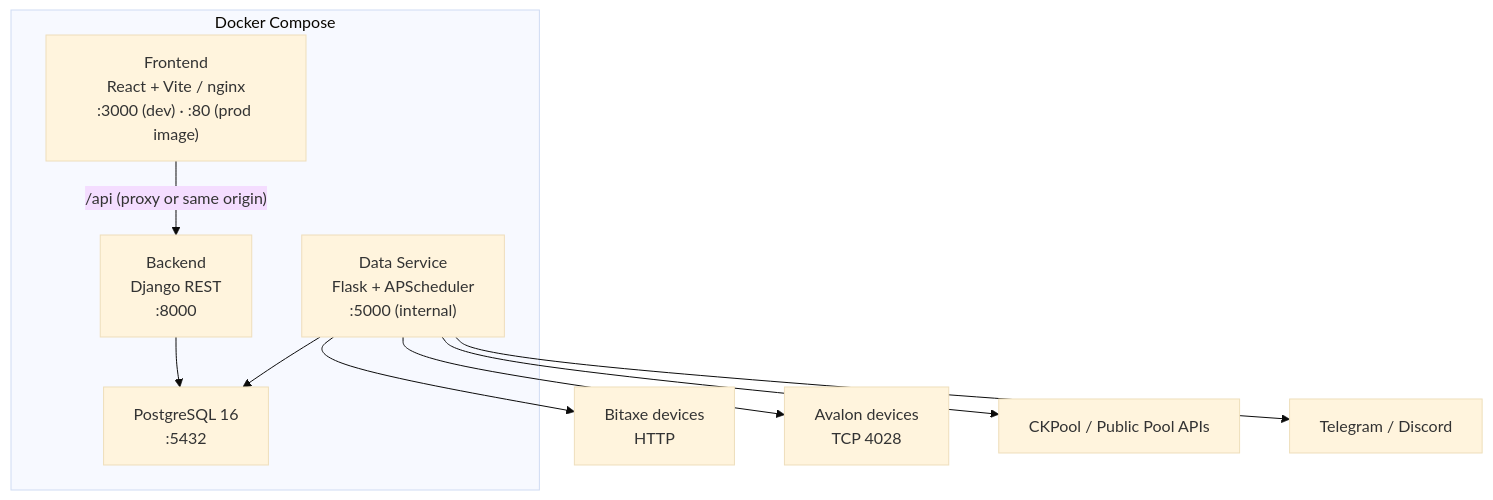
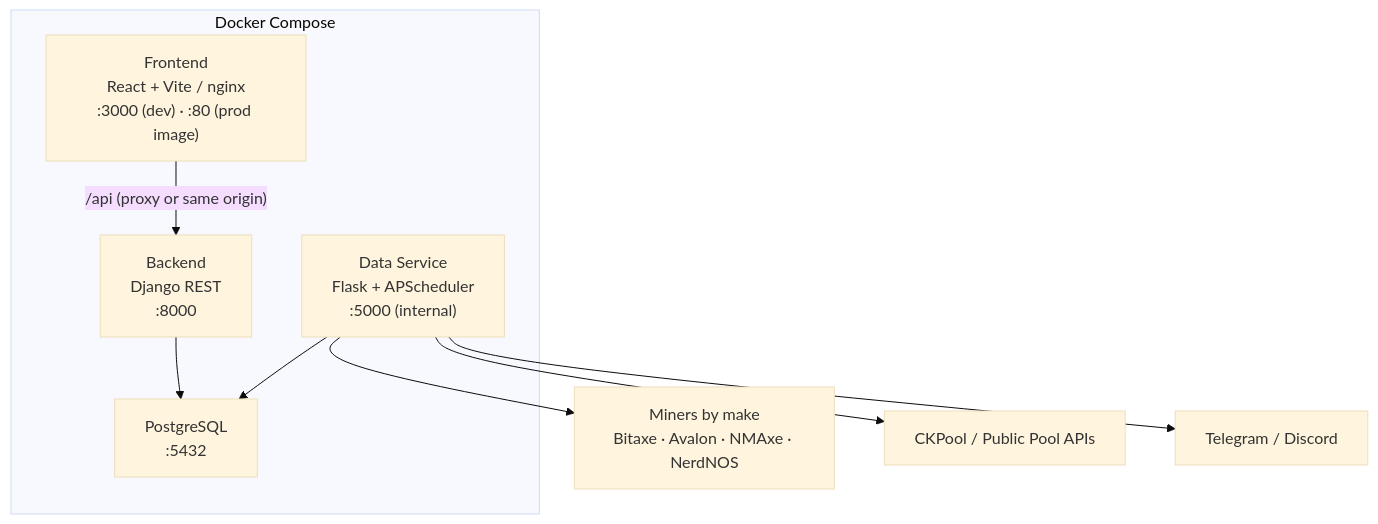
One commit to dcbert/miner-sentinel changed the diagram in README.md. Above: the diagram before and after it, drawn with Mermaid (base theme). The commit also changed other lines of this file and 65 other files, not shown here.

````diff
--- a/README.md
+++ b/README.md
@@ -107,17 +121,16 @@
 ```mermaid
 graph TB
     subgraph Docker["Docker Compose"]
         FE["Frontend<br/>React + Vite / nginx<br/>:3000 (dev) · :80 (prod image)"]
         BE["Backend<br/>Django REST<br/>:8000"]
         DS["Data Service<br/>Flask + APScheduler<br/>:5000 (internal)"]
-        DB["PostgreSQL 16<br/>:5432"]
+        DB["PostgreSQL<br/>:5432"]
     end
 
     FE -->|"/api (proxy or same origin)"| BE
     BE --> DB
     DS --> DB
-    DS --> Bitaxe["Bitaxe devices<br/>HTTP"]
-    DS --> Avalon["Avalon devices<br/>TCP 4028"]
+    DS --> Miners["Miners by make<br/>Bitaxe · Avalon · NMAxe · NerdNOS"]
     DS --> Pools["CKPool / Public Pool APIs"]
     DS --> Notify["Telegram / Discord"]
 ```
````
